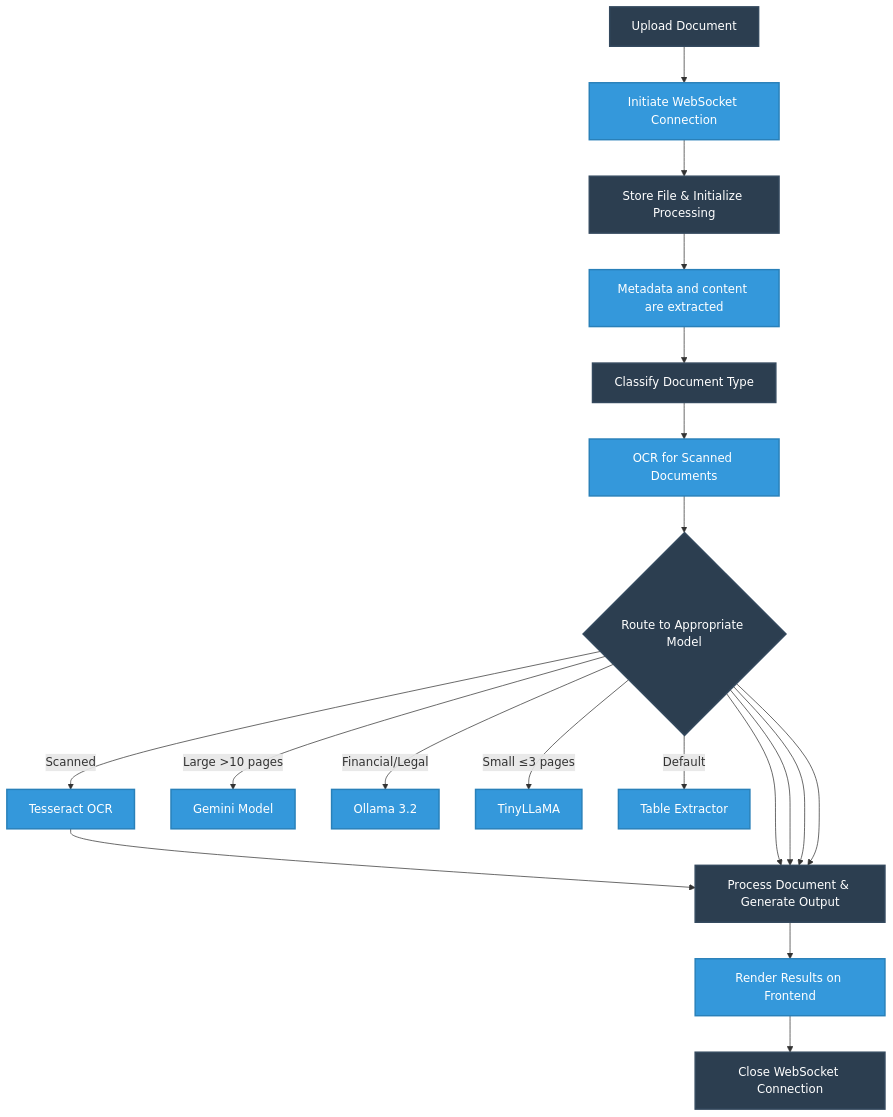
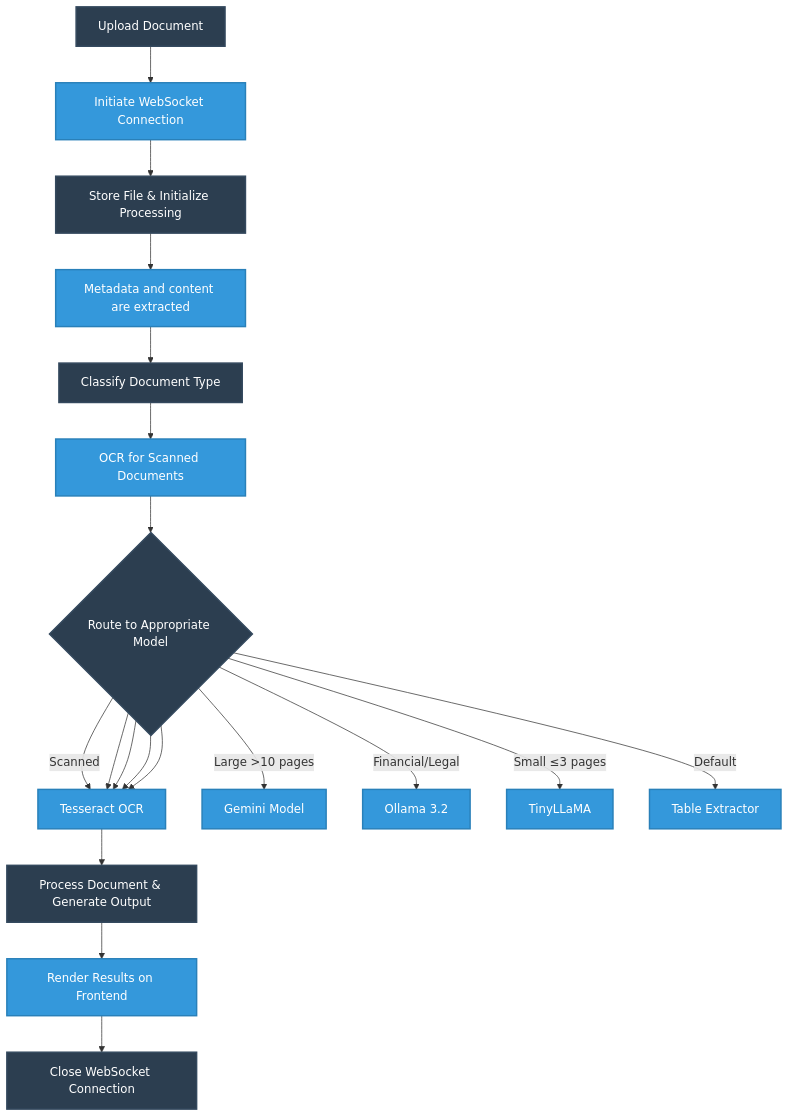
The diagram in README.md (pharshithaa/document-processing-system), drawn with Mermaid before and after one commit.

````diff
--- a/README.md
+++ b/README.md
@@ -9,51 +9,51 @@
 ```mermaid
 graph TD
     %% Frontend Flow
     A[Upload Document] --> B[Initiate WebSocket Connection]
     B --> C[Store File & Initialize Processing]
     
     %% Backend Processing
     C --> D[Metadata and content are extracted]
     D --> E[Classify Document Type]
     
     %% Document Analysis
     E --> F[OCR for Scanned Documents]
     F --> G{Route to Appropriate Model}
     
     %% Processing Paths
     G -->|Scanned| H[Tesseract OCR]
     G -->|Large >10 pages| I[Gemini Model]
     G -->|Financial/Legal| J[Ollama 3.2]
     G -->|Small ≤3 pages| K[TinyLLaMA]
     G -->|Default| L[Table Extractor]
     
     %% Content Processing
     H --> M[Process Document & Generate Output]
-    G --> M
-    G --> M
-    G --> M
-    G --> M
+    G --> H
+    G --> H
+    G --> H
+    G --> H
 
     
     %% Results & Status
     M --> N[Render Results on Frontend]
     N --> O[Close WebSocket Connection]
     
 
     %% Styling - Professional Blue Theme
     style A fill:#2c3e50,stroke:#34495e,stroke-width:2px,color:#fff
     style B fill:#3498db,stroke:#2980b9,stroke-width:2px,color:#fff
     style C fill:#2c3e50,stroke:#34495e,stroke-width:2px,color:#fff
     style D fill:#3498db,stroke:#2980b9,stroke-width:2px,color:#fff
     style E fill:#2c3e50,stroke:#34495e,stroke-width:2px,color:#fff
     style F fill:#3498db,stroke:#2980b9,stroke-width:2px,color:#fff
     style G fill:#2c3e50,stroke:#34495e,stroke-width:2px,color:#fff
     style H fill:#3498db,stroke:#2980b9,stroke-width:2px,color:#fff
     style I fill:#3498db,stroke:#2980b9,stroke-width:2px,color:#fff
     style J fill:#3498db,stroke:#2980b9,stroke-width:2px,color:#fff
     style K fill:#3498db,stroke:#2980b9,stroke-width:2px,color:#fff
     style L fill:#3498db,stroke:#2980b9,stroke-width:2px,color:#fff
     style M fill:#2c3e50,stroke:#34495e,stroke-width:2px,color:#fff
     style N fill:#3498db,stroke:#2980b9,stroke-width:2px,color:#fff
     style O fill:#2c3e50,stroke:#34495e,stroke-width:2px,color:#fff
 ```
````
